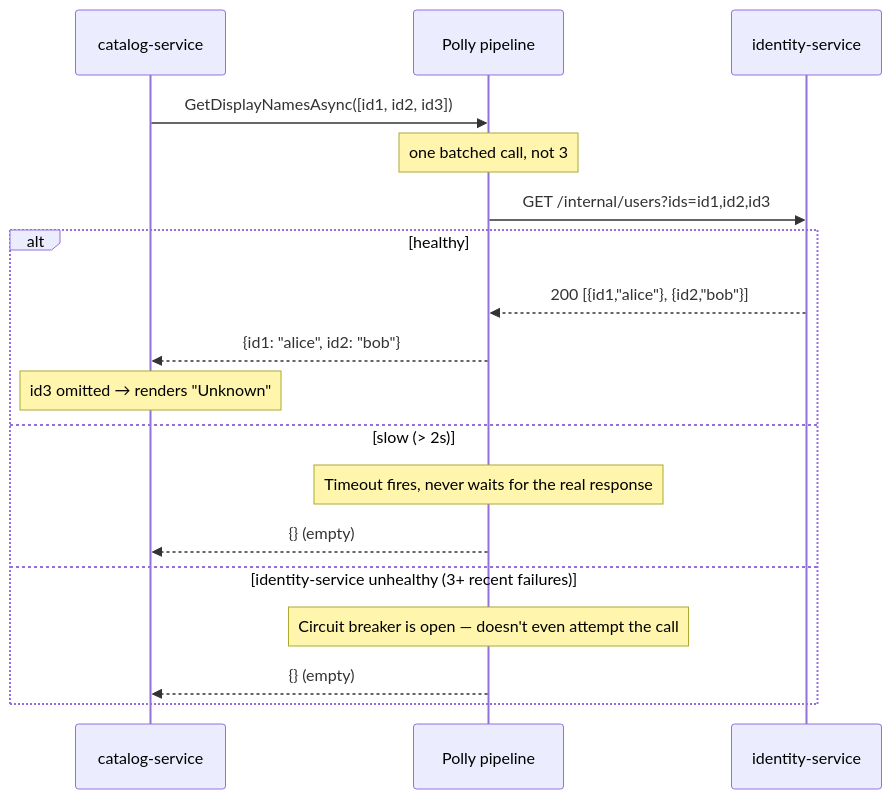
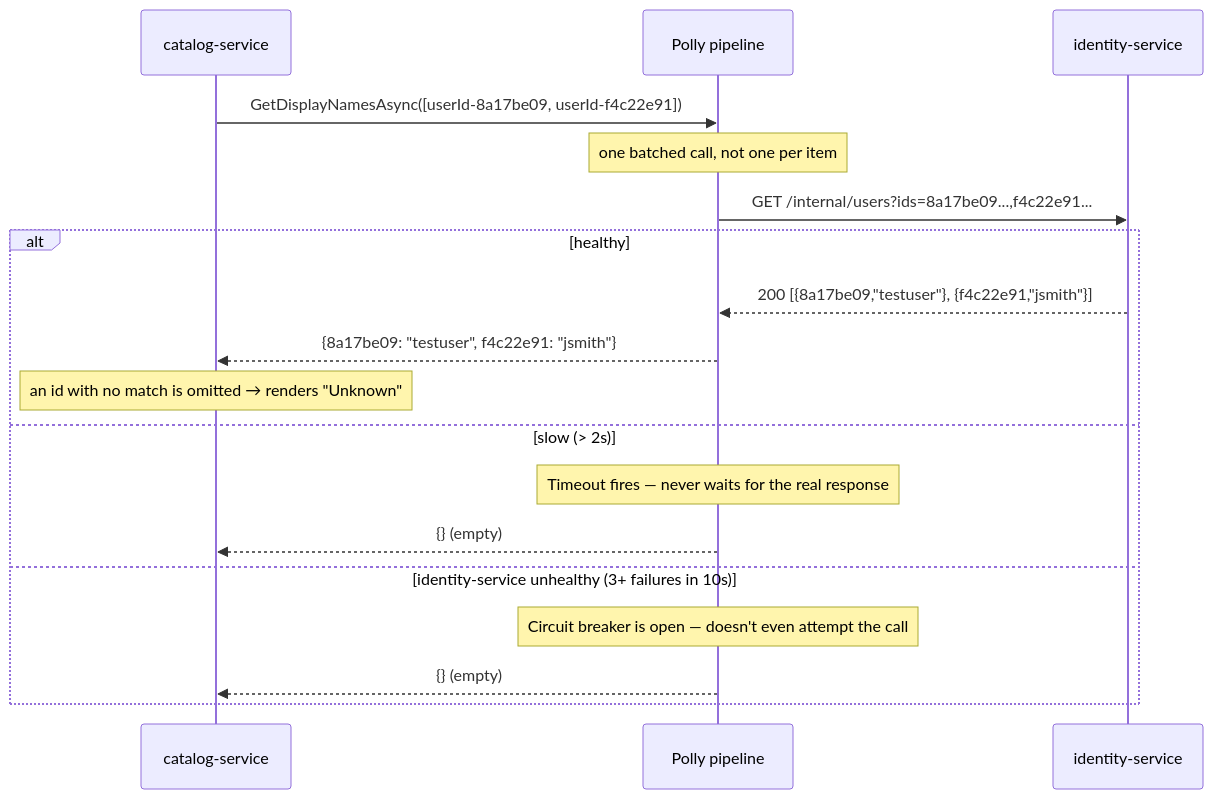
Before and after one commit to RamishFatimaa/AcmeCatalog: the second of 4 diagrams in PROJECT.md, drawn with Mermaid. The commit also changed other lines of this file, not shown here.

First line of the commit message:
Fix real inaccuracy in PROJECT.md's CI/CD documentation

````diff
--- a/PROJECT.md
+++ b/PROJECT.md
@@ -62,21 +62,21 @@
 ```mermaid
 sequenceDiagram
     participant C as catalog-service
     participant P as Polly pipeline
     participant I as identity-service
 
-    C->>P: GetDisplayNamesAsync([id1, id2, id3])
-    Note over P: one batched call, not 3
-    P->>I: GET /internal/users?ids=id1,id2,id3
+    C->>P: GetDisplayNamesAsync([userId-8a17be09, userId-f4c22e91])
+    Note over P: one batched call, not one per item
+    P->>I: GET /internal/users?ids=8a17be09...,f4c22e91...
     alt healthy
-        I-->>P: 200 [{id1,"alice"}, {id2,"bob"}]
-        P-->>C: {id1: "alice", id2: "bob"}
-        Note over C: id3 omitted → renders "Unknown"
+        I-->>P: 200 [{8a17be09,"testuser"}, {f4c22e91,"jsmith"}]
+        P-->>C: {8a17be09: "testuser", f4c22e91: "jsmith"}
+        Note over C: an id with no match is omitted → renders "Unknown"
     else slow (> 2s)
-        Note over P: Timeout fires, never waits for the real response
+        Note over P: Timeout fires — never waits for the real response
         P-->>C: {} (empty)
-    else identity-service unhealthy (3+ recent failures)
+    else identity-service unhealthy (3+ failures in 10s)
         Note over P: Circuit breaker is open — doesn't even attempt the call
         P-->>C: {} (empty)
     end
 ```
````
